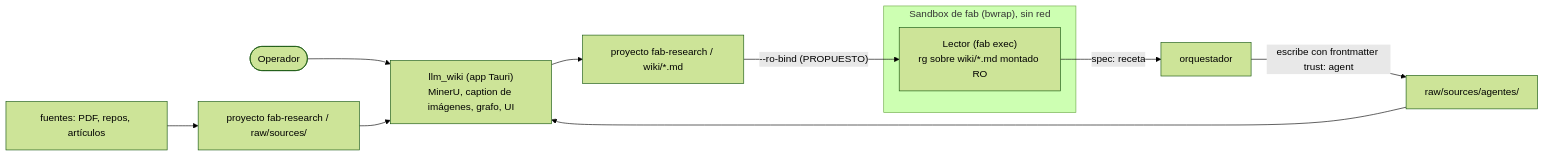
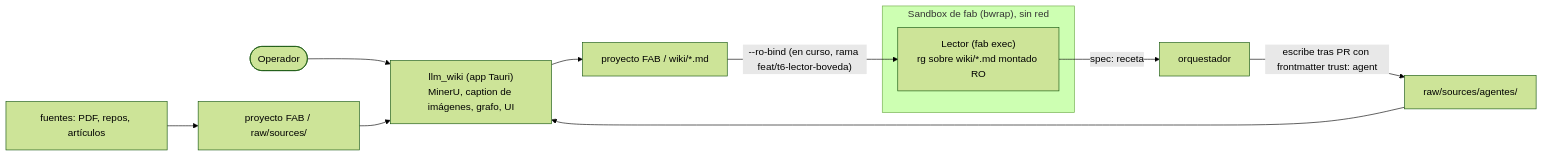
One commit to DarkCodePE/sw-factory changed the diagram in techdocs/docs/investigacion/03-boveda-llm-wiki.md. Above: the diagram before and after it, drawn with Mermaid (forest theme). The commit also changed other lines of this file and 10 other files, not shown here.

````diff
--- a/techdocs/docs/investigacion/03-boveda-llm-wiki.md
+++ b/techdocs/docs/investigacion/03-boveda-llm-wiki.md
@@ -10,14 +10,14 @@
 ```mermaid
 flowchart LR
     OP(["Operador"]) --> APP["llm_wiki (app Tauri)<br/>MinerU, caption de imágenes, grafo, UI"]
-    SRC["fuentes: PDF, repos, artículos"] --> RAW["proyecto fab-research / raw/sources/"]
+    SRC["fuentes: PDF, repos, artículos"] --> RAW["proyecto FAB / raw/sources/"]
     RAW --> APP
-    APP --> WIKI["proyecto fab-research / wiki/*.md"]
+    APP --> WIKI["proyecto FAB / wiki/*.md"]
     subgraph SBX["Sandbox de fab (bwrap), sin red"]
         RD["Lector (fab exec)<br/>rg sobre wiki/*.md montado RO"]
     end
-    WIKI -->|"--ro-bind (PROPUESTO)"| RD
+    WIKI -->|"--ro-bind (en curso, rama feat/t6-lector-boveda)"| RD
     RD -->|"spec: receta"| ORQ["orquestador"]
-    ORQ -->|"escribe con frontmatter trust: agent"| AG["raw/sources/agentes/"]
+    ORQ -->|"escribe tras PR con frontmatter trust: agent"| AG["raw/sources/agentes/"]
     AG --> APP
 ```
````
